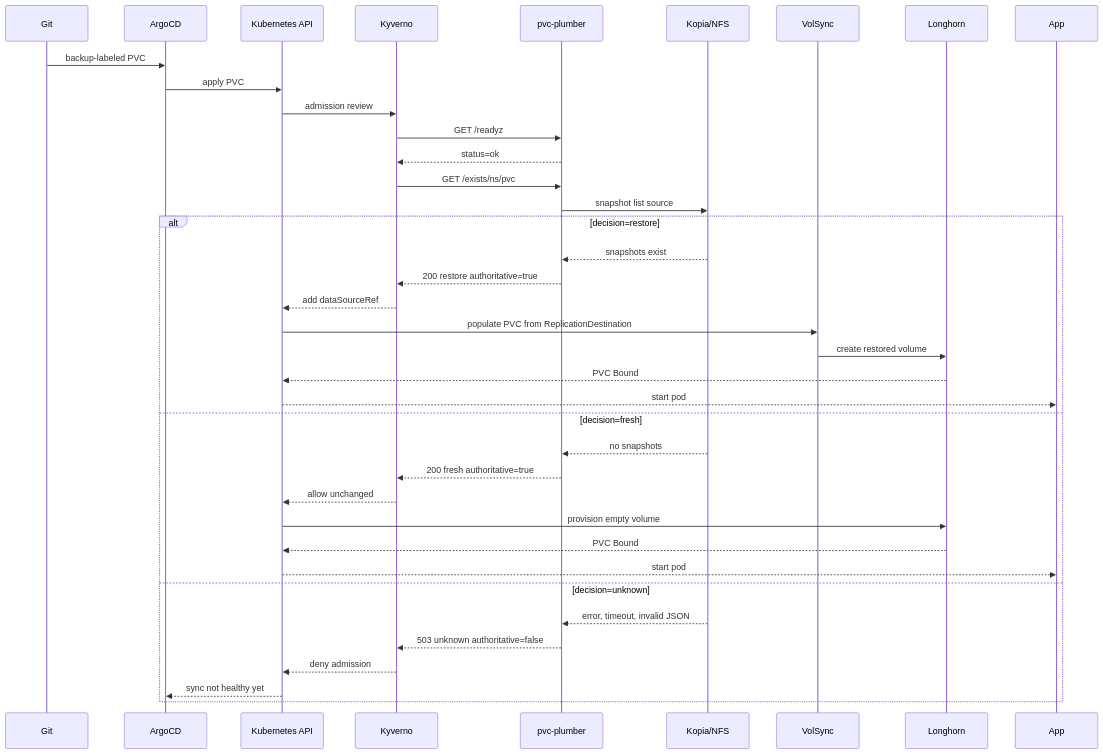
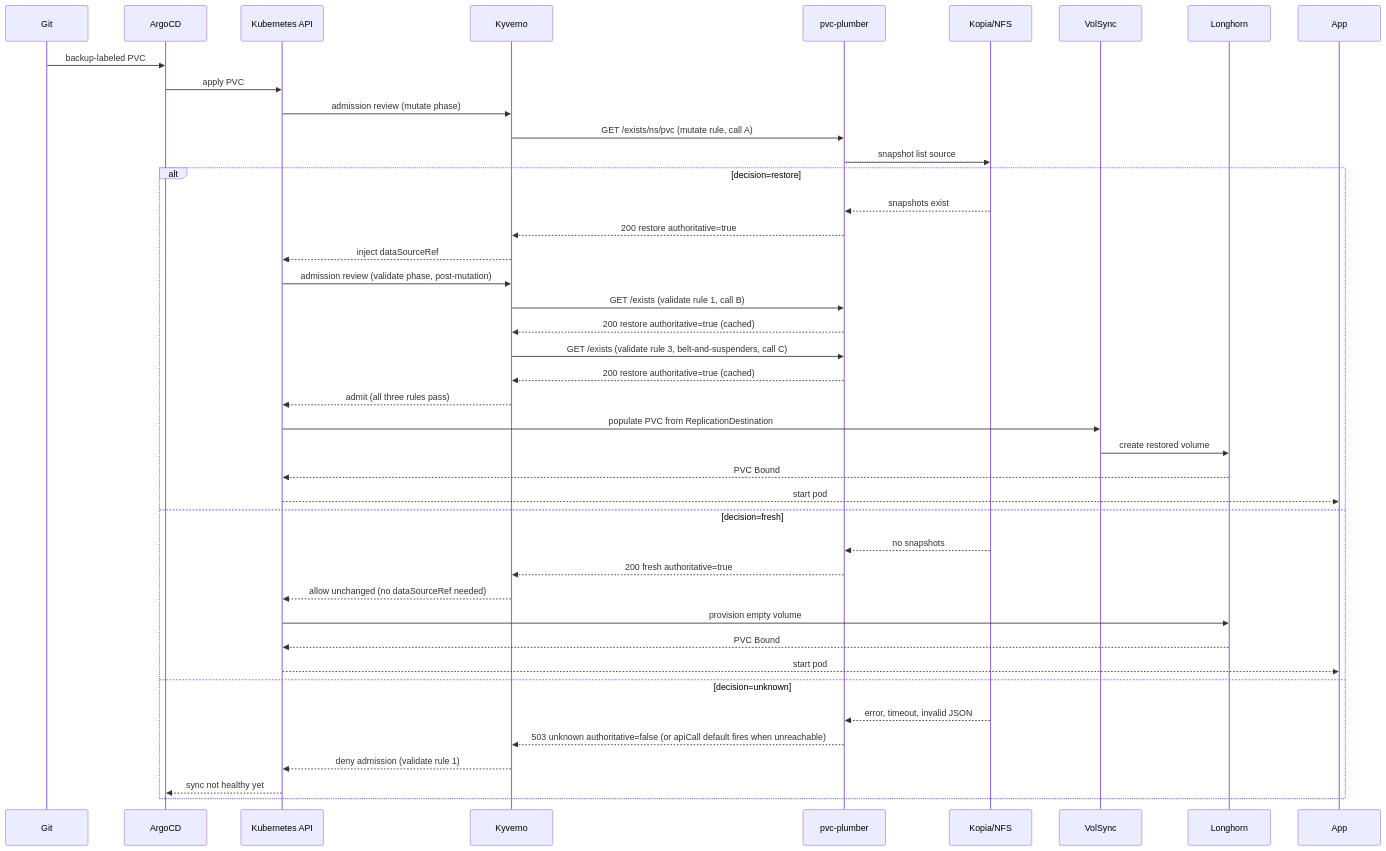
One commit to mitchross/talos-argocd-proxmox changed the second of 3 diagrams in docs/pvc-restore-decision-flow.md. Above: the diagram before and after it, drawn with Mermaid. The commit also changed other lines of this file and 15 other files, not shown here.

````diff
--- a/docs/pvc-restore-decision-flow.md
+++ b/docs/pvc-restore-decision-flow.md
@@ -44,42 +44,46 @@
 ```mermaid
 sequenceDiagram
     participant Git as Git
     participant Argo as ArgoCD
     participant API as Kubernetes API
     participant Kyverno as Kyverno
     participant Plumber as pvc-plumber
     participant Kopia as Kopia/NFS
     participant VolSync as VolSync
     participant Longhorn as Longhorn
     participant App as App
 
     Git->>Argo: backup-labeled PVC
     Argo->>API: apply PVC
-    API->>Kyverno: admission review
-    Kyverno->>Plumber: GET /readyz
-    Plumber-->>Kyverno: status=ok
-    Kyverno->>Plumber: GET /exists/ns/pvc
+    API->>Kyverno: admission review (mutate phase)
+    Kyverno->>Plumber: GET /exists/ns/pvc (mutate rule, call A)
     Plumber->>Kopia: snapshot list source
 
     alt decision=restore
         Kopia-->>Plumber: snapshots exist
         Plumber-->>Kyverno: 200 restore authoritative=true
-        Kyverno-->>API: add dataSourceRef
+        Kyverno-->>API: inject dataSourceRef
+        API->>Kyverno: admission review (validate phase, post-mutation)
+        Kyverno->>Plumber: GET /exists (validate rule 1, call B)
+        Plumber-->>Kyverno: 200 restore authoritative=true (cached)
+        Kyverno->>Plumber: GET /exists (validate rule 3, belt-and-suspenders, call C)
+        Plumber-->>Kyverno: 200 restore authoritative=true (cached)
+        Kyverno-->>API: admit (all three rules pass)
         API->>VolSync: populate PVC from ReplicationDestination
         VolSync->>Longhorn: create restored volume
         Longhorn-->>API: PVC Bound
         API-->>App: start pod
     else decision=fresh
         Kopia-->>Plumber: no snapshots
         Plumber-->>Kyverno: 200 fresh authoritative=true
-        Kyverno-->>API: allow unchanged
+        Kyverno-->>API: allow unchanged (no dataSourceRef needed)
         API->>Longhorn: provision empty volume
         Longhorn-->>API: PVC Bound
         API-->>App: start pod
     else decision=unknown
         Kopia-->>Plumber: error, timeout, invalid JSON
-        Plumber-->>Kyverno: 503 unknown authoritative=false
-        Kyverno-->>API: deny admission
+        Plumber-->>Kyverno: 503 unknown authoritative=false (or apiCall default fires when unreachable)
+        Kyverno-->>API: deny admission (validate rule 1)
         API-->>Argo: sync not healthy yet
     end
 ```
````
